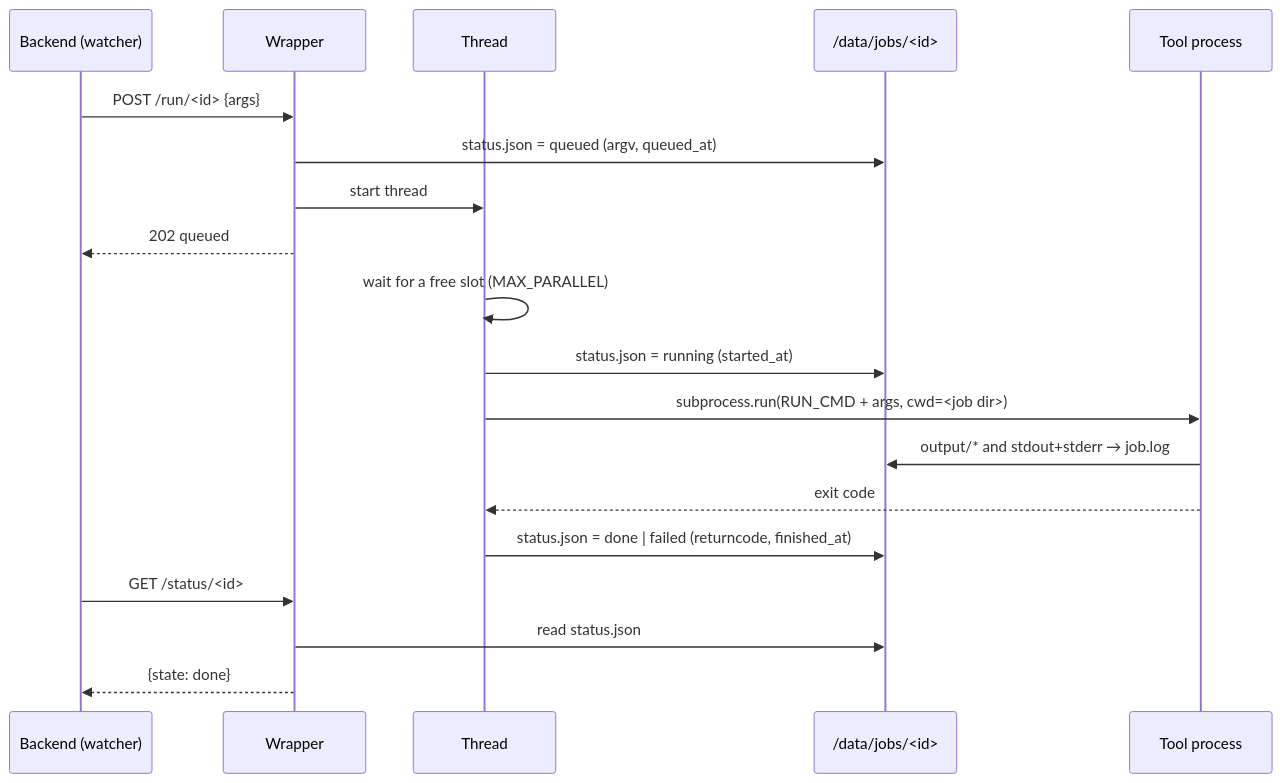
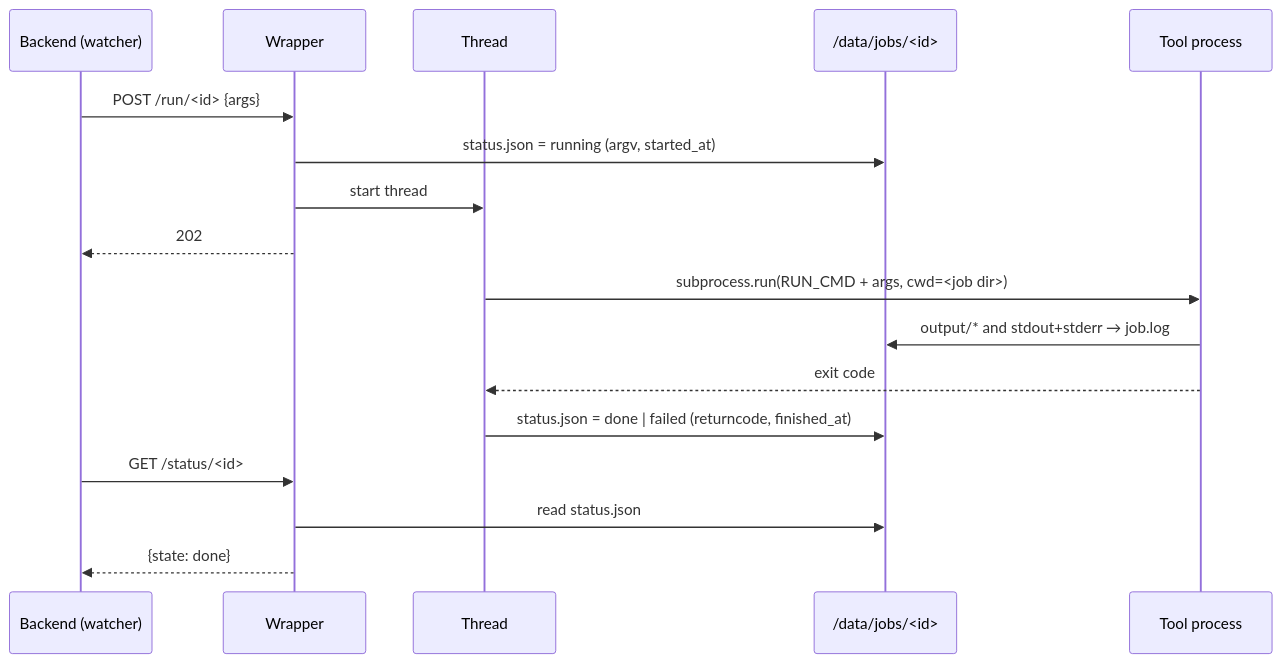
One commit to Benoitdw/dezyme changed the second of 2 diagrams in docs/adding-a-software.md. Above: the diagram before and after it, drawn with Mermaid. The commit also changed other lines of this file and 8 other files, not shown here.

````diff
--- a/docs/adding-a-software.md
+++ b/docs/adding-a-software.md
@@ -147,22 +148,20 @@
 ```mermaid
 sequenceDiagram
     participant B as Backend (watcher)
     participant W as Wrapper
     participant T as Thread
     participant FS as /data/jobs/<id>
     participant P as Tool process
 
     B->>W: POST /run/<id> {args}
-    W->>FS: status.json = queued (argv, queued_at)
+    W->>FS: status.json = running (argv, started_at)
     W->>T: start thread
-    W-->>B: 202 queued
-    T->>T: wait for a free slot (MAX_PARALLEL)
-    T->>FS: status.json = running (started_at)
+    W-->>B: 202
     T->>P: subprocess.run(RUN_CMD + args, cwd=<job dir>)
     P->>FS: output/* and stdout+stderr → job.log
     P-->>T: exit code
     T->>FS: status.json = done | failed (returncode, finished_at)
     B->>W: GET /status/<id>
     W->>FS: read status.json
     W-->>B: {state: done}
 ```
````
